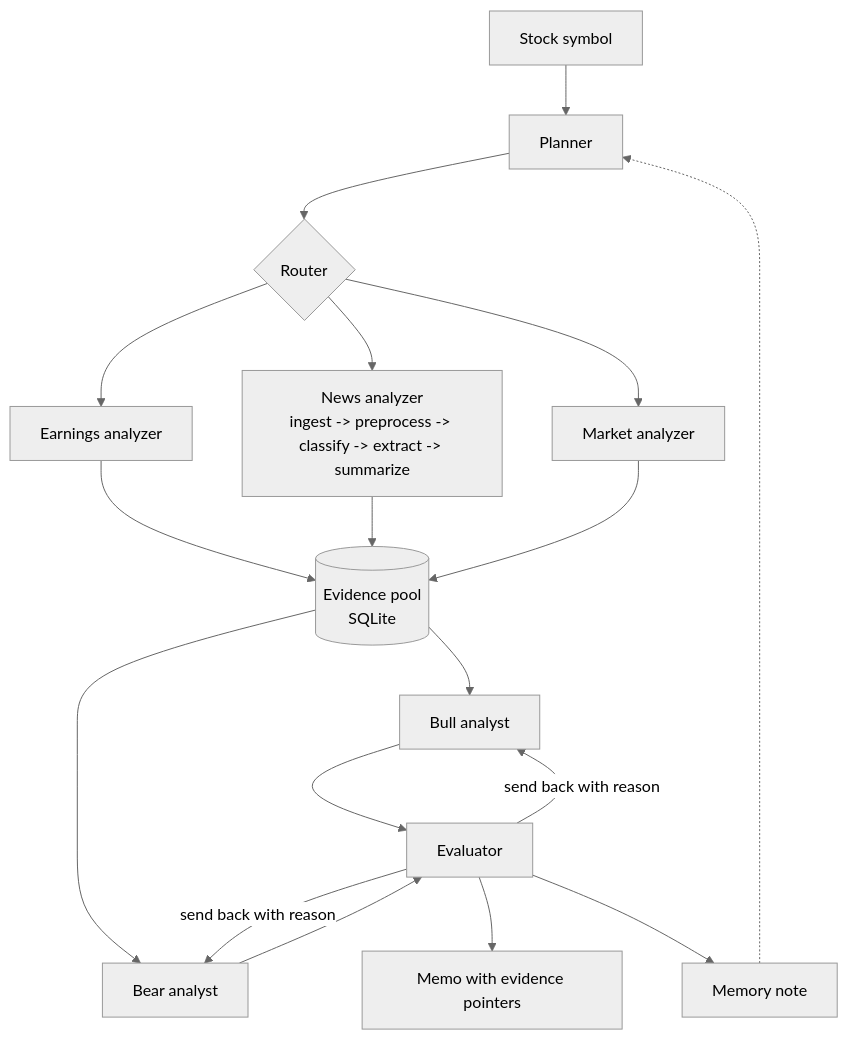
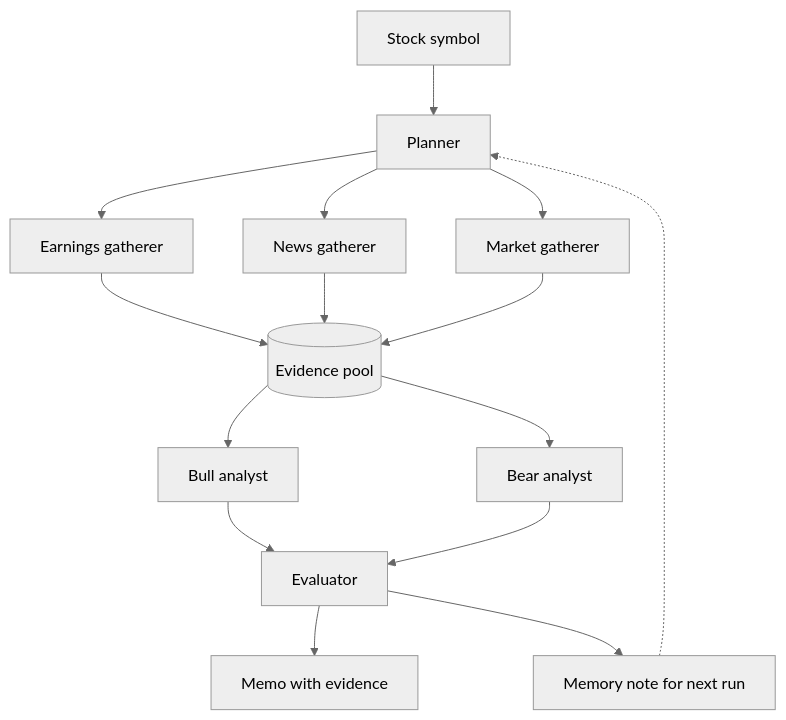
The diagram in README.md (ibucketbranch/AAI-520-Final-Project), drawn with Mermaid (neutral theme) before and after one commit. The commit also changed other lines of this file, not shown here.

````diff
--- a/README.md
+++ b/README.md
@@ -43,20 +40,17 @@
 ```mermaid
 flowchart TD
     S[Stock symbol] --> P[Planner]
-    P --> R{Router}
-    R --> E[Earnings analyzer]
-    R --> N[News analyzer<br/>ingest -> preprocess -> classify -> extract -> summarize]
-    R --> M[Market analyzer]
-    E --> POOL[(Evidence pool<br/>SQLite)]
+    P --> E[Earnings gatherer]
+    P --> N[News gatherer]
+    P --> M[Market gatherer]
+    E --> POOL[(Evidence pool)]
     N --> POOL
     M --> POOL
     POOL --> BULL[Bull analyst]
     POOL --> BEAR[Bear analyst]
     BULL --> EV[Evaluator]
     BEAR --> EV
-    EV -- send back with reason --> BULL
-    EV -- send back with reason --> BEAR
-    EV --> D[Memo with evidence pointers]
-    EV --> MEM[Memory note]
+    EV --> D[Memo with evidence]
+    EV --> MEM[Memory note for next run]
     MEM -.-> P
 ```
````
